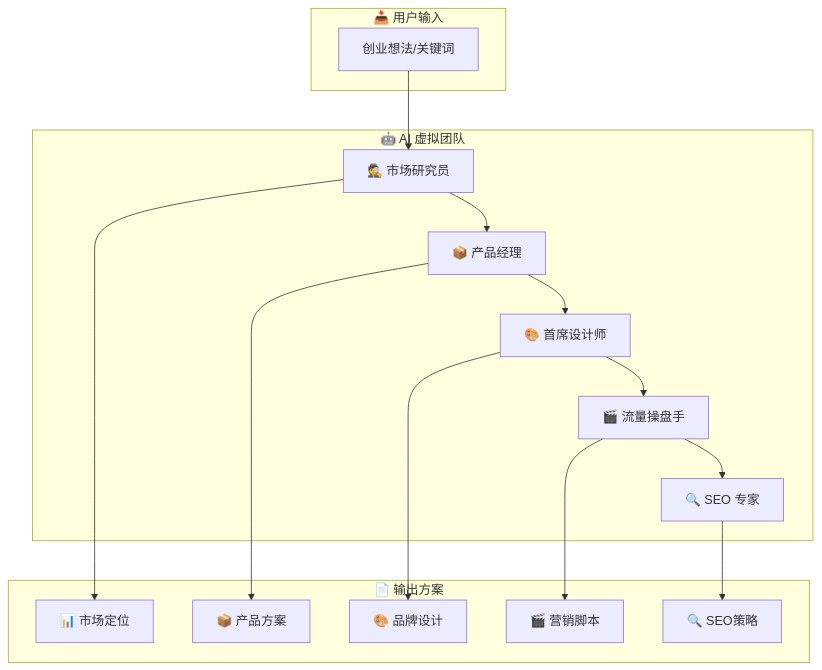
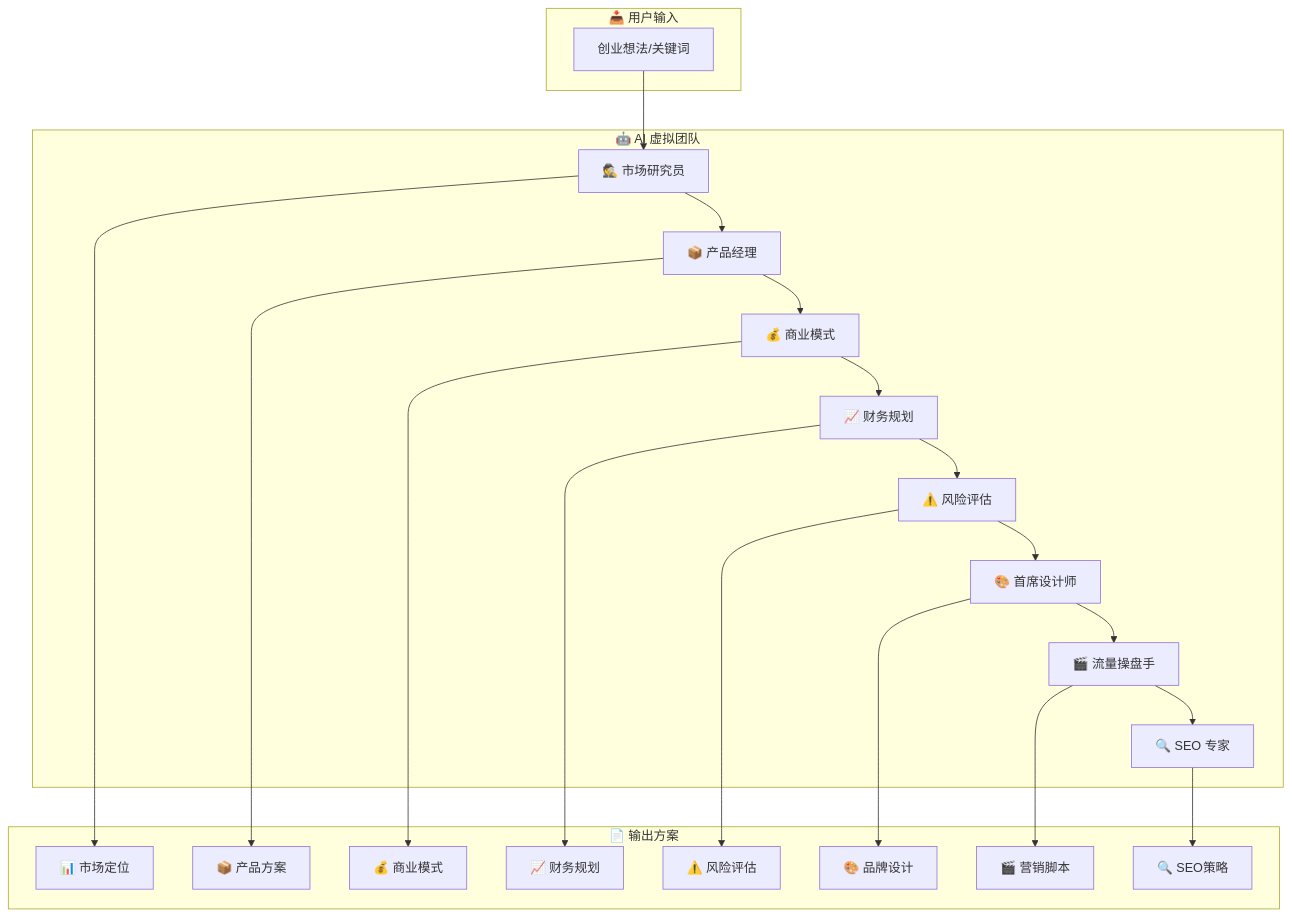
Before and after one commit to reedtang666/BizGenesis: the second of 2 diagrams in README.md, drawn with Mermaid. The commit also changed other lines of this file, not shown here.

Commit message:
feat: 更新 README.md，添加商业模式、财务规划和风险评估功能描述

````diff
--- a/README.md
+++ b/README.md
@@ -92,29 +101,38 @@
 ```mermaid
 flowchart TB
     subgraph Input["📥 用户输入"]
         A[创业想法/关键词]
     end
     
     subgraph AI_Team["🤖 AI 虚拟团队"]
         B[🕵️ 市场研究员]
         C[📦 产品经理]
-        D[🎨 首席设计师]
-        E[🎬 流量操盘手]
-        F[🔍 SEO 专家]
+        D[💰 商业模式]
+        E[📈 财务规划]
+        F[⚠️ 风险评估]
+        G[🎨 首席设计师]
+        H[🎬 流量操盘手]
+        I[🔍 SEO 专家]
     end
     
     subgraph Output["📄 输出方案"]
-        G[📊 市场定位]
-        H[📦 产品方案]
-        I[🎨 品牌设计]
-        J[🎬 营销脚本]
-        K[🔍 SEO策略]
+        J[📊 市场定位]
+        K[📦 产品方案]
+        L[💰 商业模式]
+        M[📈 财务规划]
+        N[⚠️ 风险评估]
+        O[🎨 品牌设计]
+        P[🎬 营销脚本]
+        Q[🔍 SEO策略]
     end
     
-    A --> B --> C --> D --> E --> F
-    B --> G
-    C --> H
-    D --> I
-    E --> J
-    F --> K
+    A --> B --> C --> D --> E --> F --> G --> H --> I
+    B --> J
+    C --> K
+    D --> L
+    E --> M
+    F --> N
+    G --> O
+    H --> P
+    I --> Q
 ```
````
